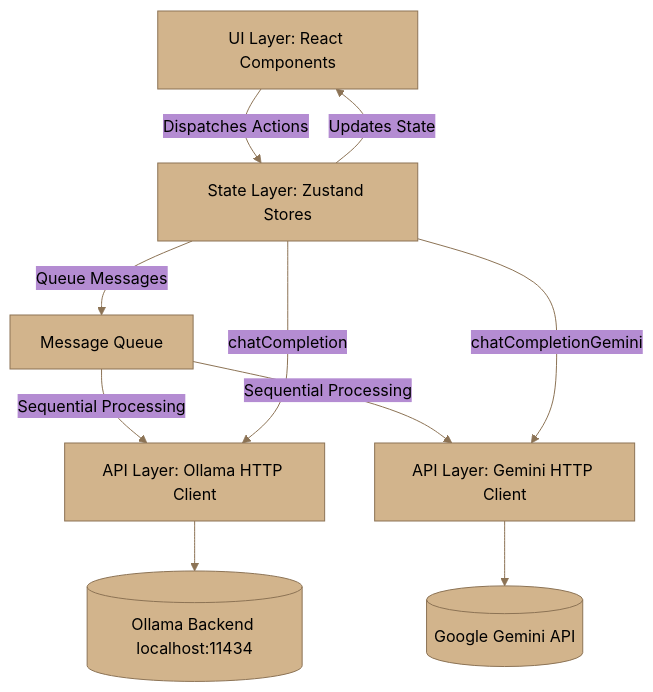
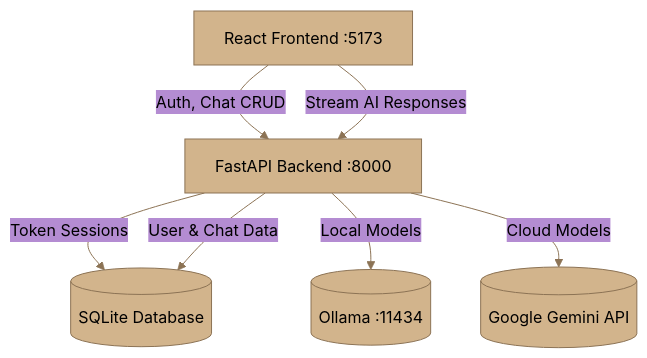
Before and after one commit to GaganCB2002/chat: the first of 2 diagrams in README.md, drawn with Mermaid. The commit also changed other lines of this file, not shown here.

Commit message:
docs: update README with full-stack documentation, API endpoints, and architecture diagrams

````diff
--- a/README.md
+++ b/README.md
@@ -77,21 +158,16 @@
 ```mermaid
 %%{init: {'theme': 'base', 'themeVariables': { 'primaryColor': '#d2b48c', 'primaryTextColor': '#000', 'primaryBorderColor': '#8c7355', 'lineColor': '#8c7355'}}}%%
 graph TD
-    UI[UI Layer: React Components]
-    Store[State Layer: Zustand Stores]
-    API_Ollama[API Layer: Ollama HTTP Client]
-    API_Gemini[API Layer: Gemini HTTP Client]
-    Queue[Message Queue]
-    Ollama[(Ollama Backend localhost:11434)]
+    Browser[React Frontend :5173]
+    Backend[FastAPI Backend :8000]
+    DB[(SQLite Database)]
+    Ollama[(Ollama :11434)]
     Gemini[(Google Gemini API)]
 
-    UI -->|Dispatches Actions| Store
-    Store -->|Updates State| UI
-    Store -->|Queue Messages| Queue
-    Queue -->|Sequential Processing| API_Ollama
-    Queue -->|Sequential Processing| API_Gemini
-    Store -->|chatCompletion| API_Ollama
-    Store -->|chatCompletionGemini| API_Gemini
-    API_Ollama --> Ollama
-    API_Gemini --> Gemini
+    Browser -->|Auth, Chat CRUD| Backend
+    Browser -->|Stream AI Responses| Backend
+    Backend -->|Token Sessions| DB
+    Backend -->|User & Chat Data| DB
+    Backend -->|Local Models| Ollama
+    Backend -->|Cloud Models| Gemini
 ```
````
